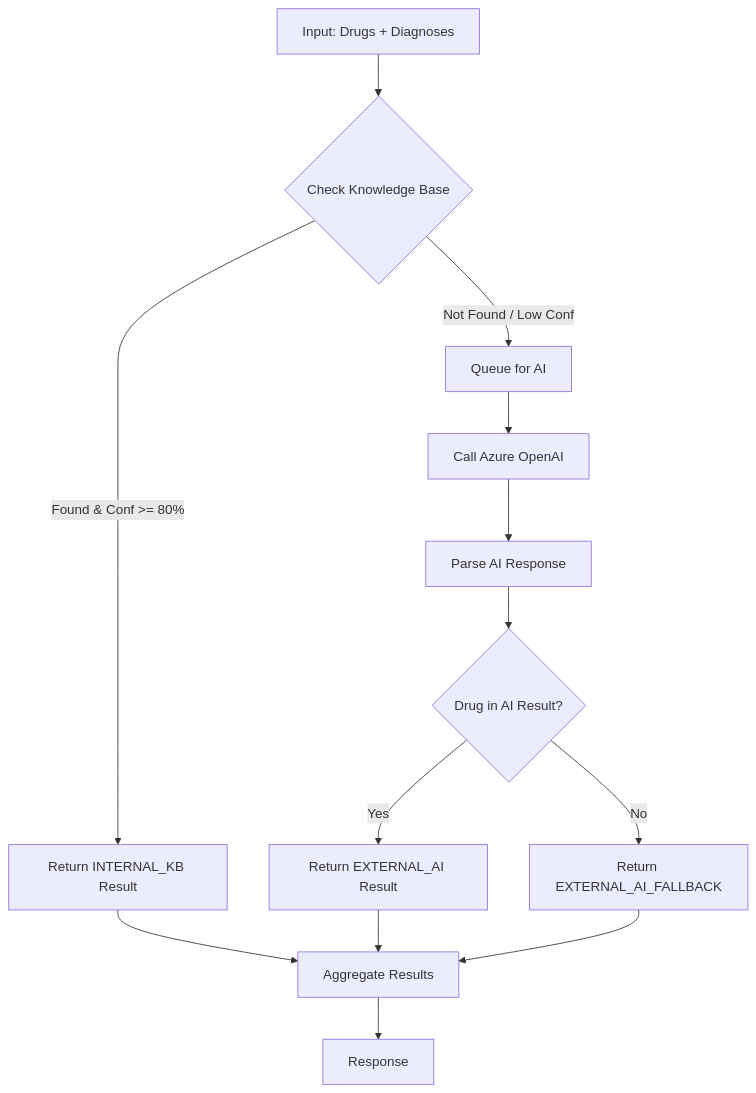
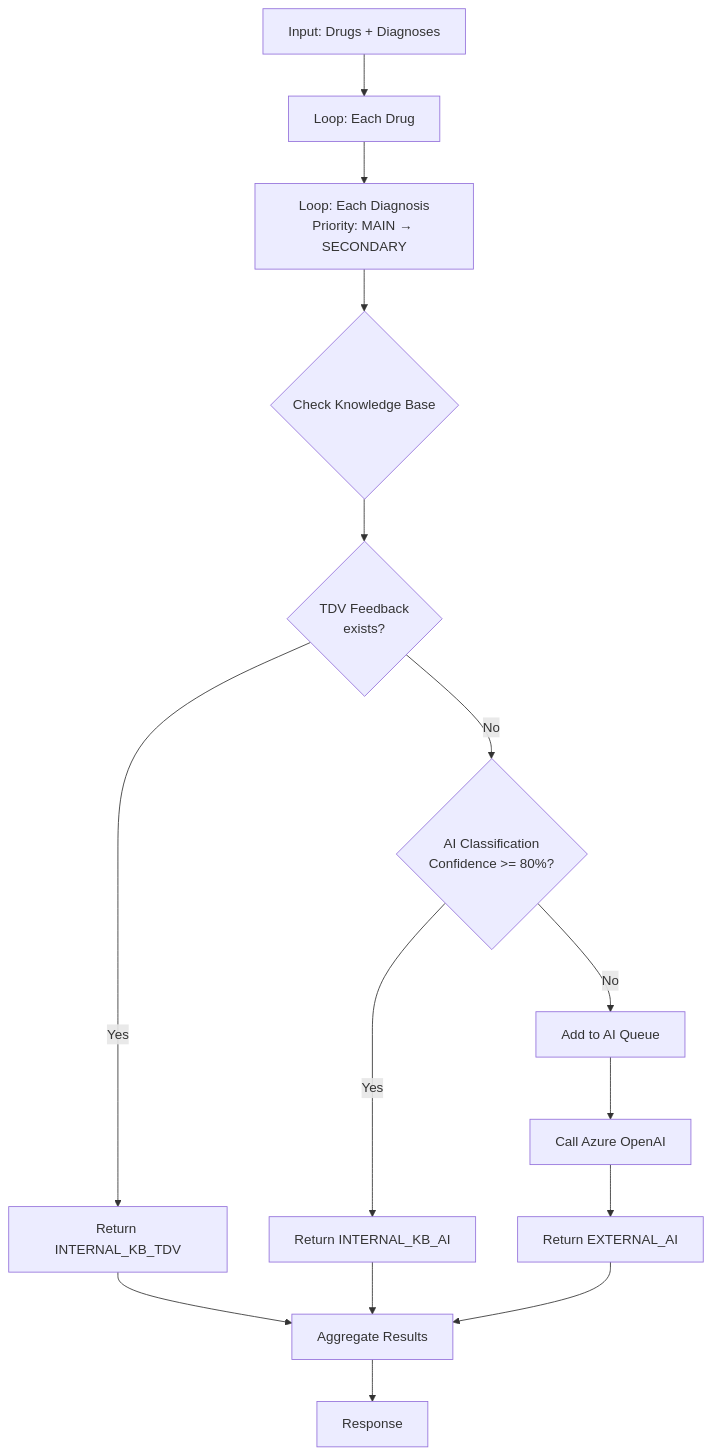
One commit to tranchienrostek-afk/drug_icd_mapping changed the first of 2 diagrams in .ai_planning/framework/API_Specs_Consult_DataManagement.md. Above: the diagram before and after it, drawn with Mermaid. The commit also changed other lines of this file and 34 other files, not shown here.

````diff
--- a/.ai_planning/framework/API_Specs_Consult_DataManagement.md
+++ b/.ai_planning/framework/API_Specs_Consult_DataManagement.md
@@ -58,15 +84,21 @@
 ```mermaid
 graph TD
-    A[Input: Drugs + Diagnoses] --> B{Check Knowledge Base}
-    B -->|Found & Conf >= 80%| C[Return INTERNAL_KB Result]
-    B -->|Not Found / Low Conf| D[Queue for AI]
-    D --> E[Call Azure OpenAI]
-    E --> F[Parse AI Response]
-    F --> G{Drug in AI Result?}
-    G -->|Yes| H[Return EXTERNAL_AI Result]
-    G -->|No| I[Return EXTERNAL_AI_FALLBACK]
-    C --> J[Aggregate Results]
-    H --> J
-    I --> J
-    J --> K[Response]
+    A[Input: Drugs + Diagnoses] --> B[Loop: Each Drug]
+    B --> C[Loop: Each Diagnosis<br/>Priority: MAIN → SECONDARY]
+    C --> D{Check Knowledge Base}
+    
+    D --> E{TDV Feedback<br/>exists?}
+    E -->|Yes| F[Return INTERNAL_KB_TDV]
+    E -->|No| G{AI Classification<br/>Confidence >= 80%?}
+    
+    G -->|Yes| H[Return INTERNAL_KB_AI]
+    G -->|No| I[Add to AI Queue]
+    
+    I --> J[Call Azure OpenAI]
+    J --> K[Return EXTERNAL_AI]
+    
+    F --> L[Aggregate Results]
+    H --> L
+    K --> L
+    L --> M[Response]
 ```
````
